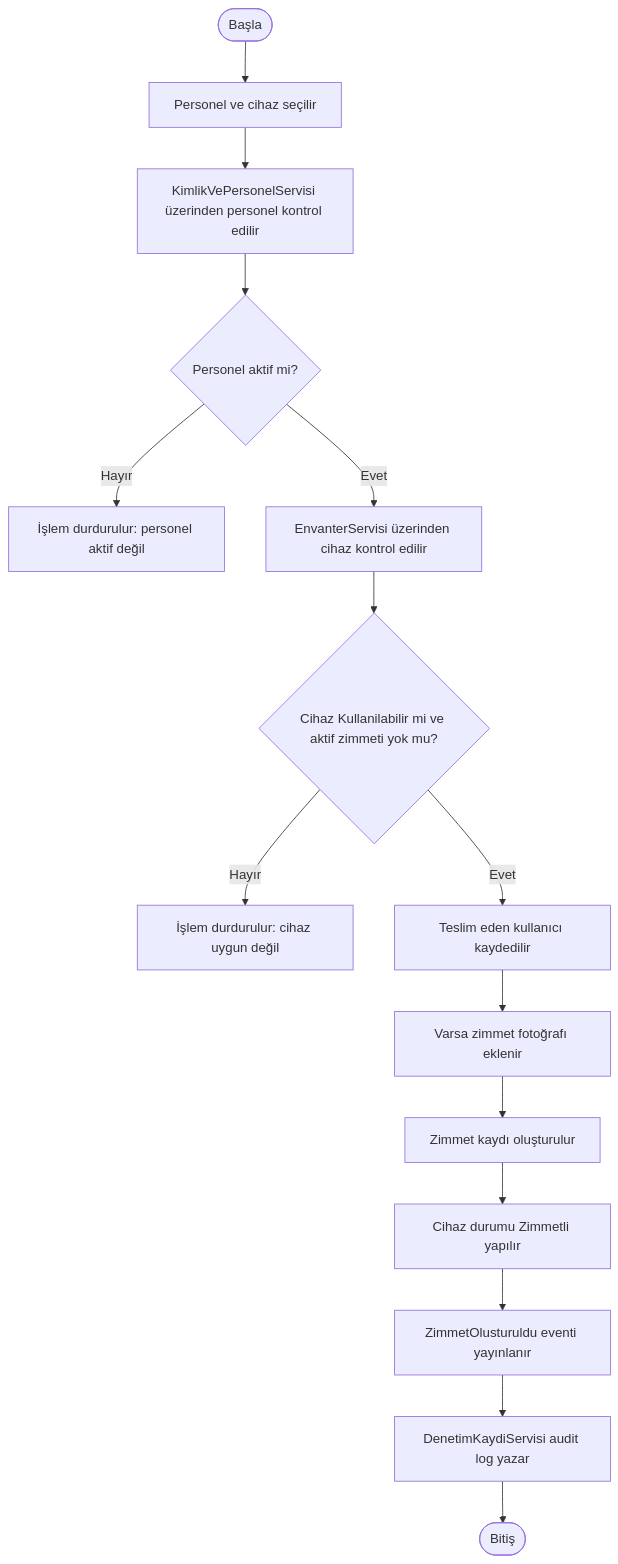
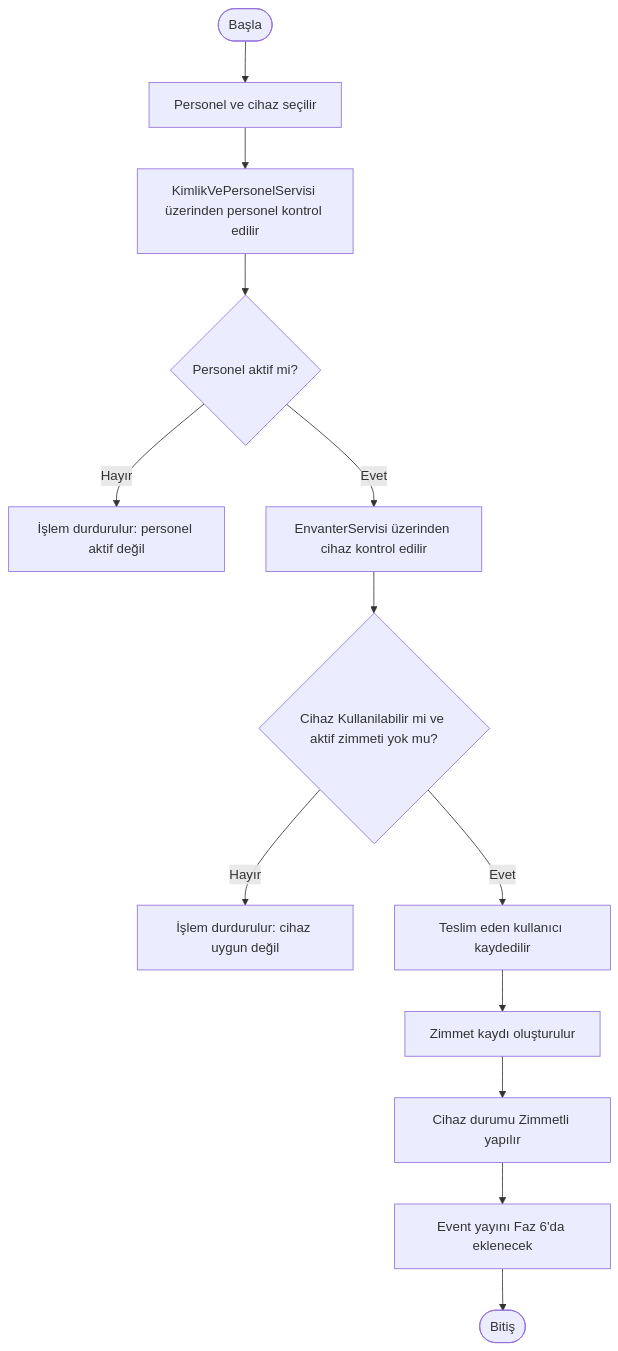
One commit to fatihdmrc/ITEnvanterTakibiMikroservisProjesi changed the diagram in dokümanlar/diyagram kodları/İş Akışları/is-akisi-zimmet-olusturma.mmd. Above: the diagram before and after it, drawn with Mermaid. The commit also changed 80 other files, not shown here.

Commit message:
Zimmet Servisi

```diff
--- a/dokümanlar/diyagram kodları/İş Akışları/is-akisi-zimmet-olusturma.mmd
+++ b/dokümanlar/diyagram kodları/İş Akışları/is-akisi-zimmet-olusturma.mmd
@@ -1,31 +1,27 @@
 flowchart TB
     Start([Başla])
     Secim["Personel ve cihaz seçilir"]
     PersonelKontrol["KimlikVePersonelServisi üzerinden personel kontrol edilir"]
     PersonelAktifMi{"Personel aktif mi?"}
     PersonelHata["İşlem durdurulur: personel aktif değil"]
     CihazKontrol["EnvanterServisi üzerinden cihaz kontrol edilir"]
     CihazUygunMu{"Cihaz Kullanilabilir mi ve aktif zimmeti yok mu?"}
     CihazHata["İşlem durdurulur: cihaz uygun değil"]
     TeslimEden["Teslim eden kullanıcı kaydedilir"]
-    Fotograf["Varsa zimmet fotoğrafı eklenir"]
     ZimmetKaydi["Zimmet kaydı oluşturulur"]
     DurumGuncelle["Cihaz durumu Zimmetli yapılır"]
-    Event["ZimmetOlusturuldu eventi yayınlanır"]
-    Audit["DenetimKaydiServisi audit log yazar"]
+    Event["Event yayını Faz 6'da eklenecek"]
     End([Bitiş])
 
     Start --> Secim
     Secim --> PersonelKontrol
     PersonelKontrol --> PersonelAktifMi
     PersonelAktifMi -- "Hayır" --> PersonelHata
     PersonelAktifMi -- "Evet" --> CihazKontrol
     CihazKontrol --> CihazUygunMu
     CihazUygunMu -- "Hayır" --> CihazHata
     CihazUygunMu -- "Evet" --> TeslimEden
-    TeslimEden --> Fotograf
-    Fotograf --> ZimmetKaydi
+    TeslimEden --> ZimmetKaydi
     ZimmetKaydi --> DurumGuncelle
     DurumGuncelle --> Event
-    Event --> Audit
-    Audit --> End
+    Event --> End
```
